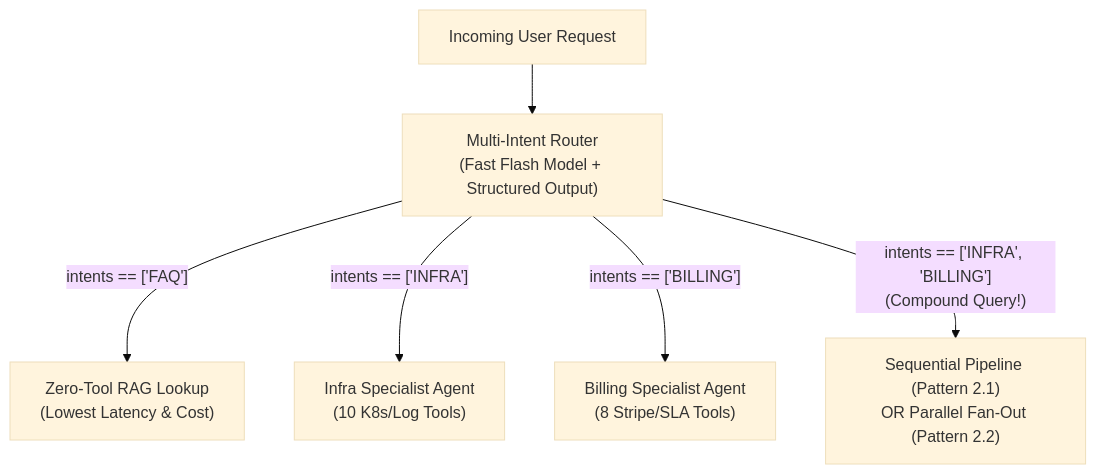
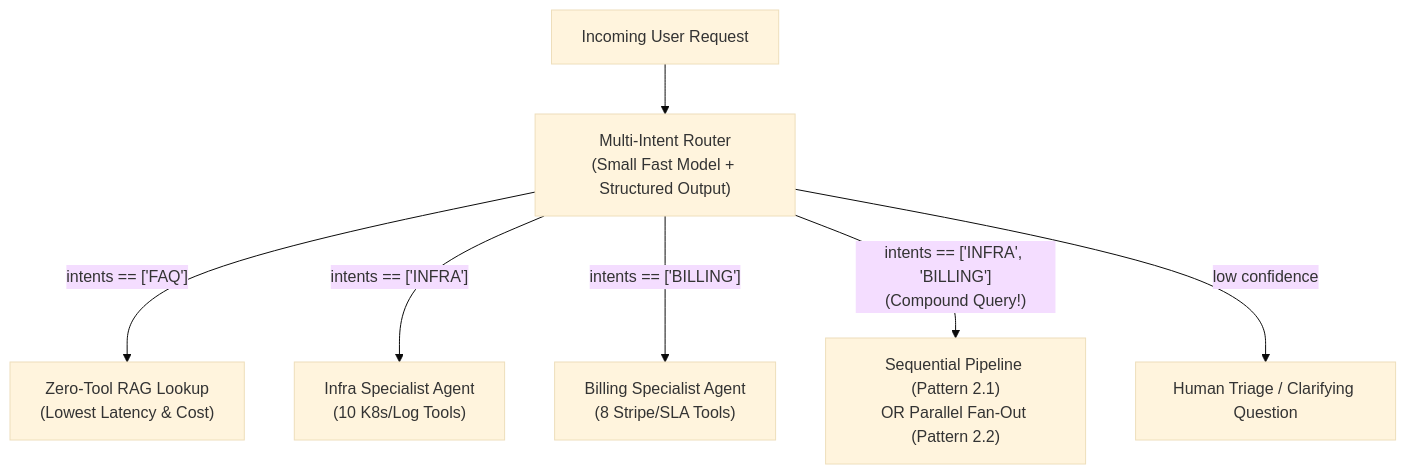
One commit to Rajdipc/agentic-ai-orchestration-patterns changed the fourth of 4 diagrams in chapter-03-deterministic-multi-agent-workflows.md. Above: the diagram before and after it, drawn with Mermaid (base theme). The commit also changed other lines of this file and 18 other files, not shown here.

````diff
--- a/chapter-03-deterministic-multi-agent-workflows.md
+++ b/chapter-03-deterministic-multi-agent-workflows.md
@@ -157,8 +191,9 @@
 ```mermaid
 flowchart TD
-    Query["Incoming User Request"] --> Router["Multi-Intent Router\n(Fast Flash Model + Structured Output)"]
-    Router -- "intents == ['FAQ']" --> RAG["Zero-Tool RAG Lookup\n(Lowest Latency & Cost)"]
-    Router -- "intents == ['INFRA']" --> Infra["Infra Specialist Agent\n(10 K8s/Log Tools)"]
-    Router -- "intents == ['BILLING']" --> Billing["Billing Specialist Agent\n(8 Stripe/SLA Tools)"]
-    Router -- "intents == ['INFRA', 'BILLING']\n(Compound Query!)" --> Combo["Sequential Pipeline (Pattern 2.1)\nOR Parallel Fan-Out (Pattern 2.2)"]
+    Query["Incoming User Request"] --> Router["Multi-Intent Router<br/>(Small Fast Model + Structured Output)"]
+    Router -- "intents == ['FAQ']" --> RAG["Zero-Tool RAG Lookup<br/>(Lowest Latency & Cost)"]
+    Router -- "intents == ['INFRA']" --> Infra["Infra Specialist Agent<br/>(10 K8s/Log Tools)"]
+    Router -- "intents == ['BILLING']" --> Billing["Billing Specialist Agent<br/>(8 Stripe/SLA Tools)"]
+    Router -- "intents == ['INFRA', 'BILLING']<br/>(Compound Query!)" --> Combo["Sequential Pipeline (Pattern 2.1)<br/>OR Parallel Fan-Out (Pattern 2.2)"]
+    Router -- "low confidence" --> Human["Human Triage / Clarifying Question"]
 ```
````
